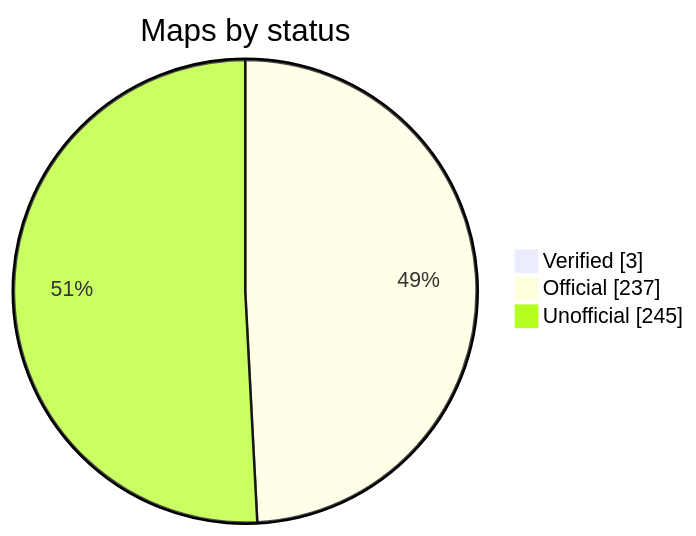
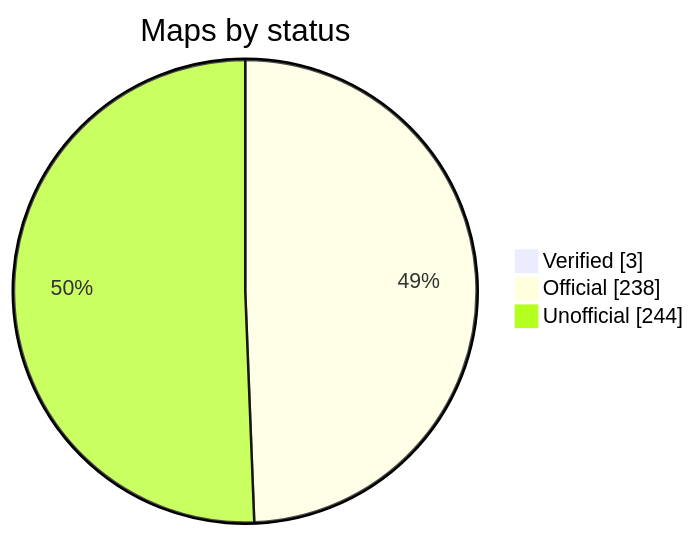
Before and after one commit to nobrega8/mbmap-library: the diagram in README.md, drawn with Mermaid. The commit also changed 2 other files, not shown here.

Commit message:
Rewrite the Schneider PM8000 map from the manufacturer's Modbus map

````diff
--- a/README.md
+++ b/README.md
@@ -48,7 +48,7 @@
 ```mermaid
 pie showData
     title Maps by status
     "Verified" : 3
-    "Official" : 237
-    "Unofficial" : 245
+    "Official" : 238
+    "Unofficial" : 244
 ```
````
